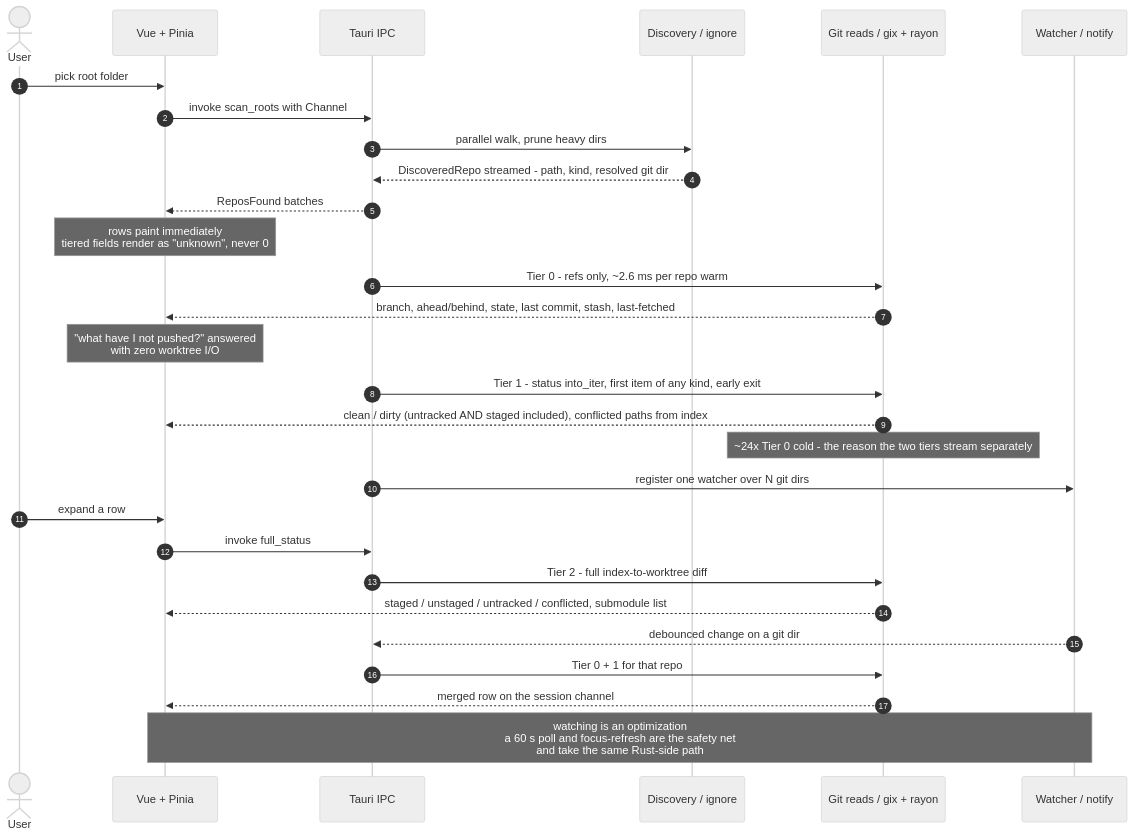
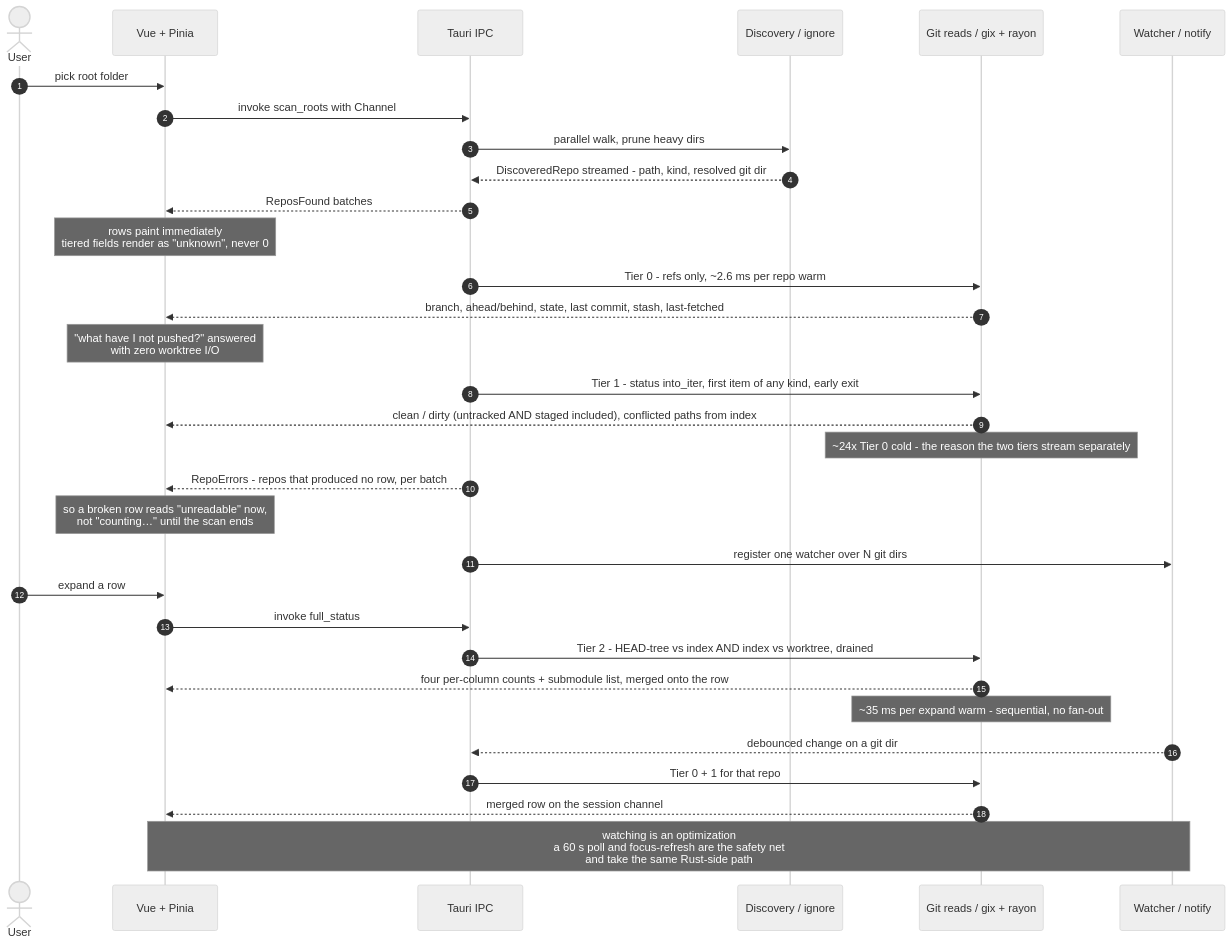
Before and after one commit to b-meyer/repo-viewer: the diagram in AGENTS.md, drawn with Mermaid (neutral theme). The commit also changed other lines of this file and 38 other files, not shown here.

````diff
--- a/AGENTS.md
+++ b/AGENTS.md
@@ -120,37 +133,41 @@
 ```mermaid
 sequenceDiagram
     autonumber
     actor U as User
     participant V as Vue + Pinia
     participant T as Tauri IPC
     participant D as Discovery / ignore
     participant G as Git reads / gix + rayon
     participant W as Watcher / notify
 
     U->>V: pick root folder
     V->>T: invoke scan_roots with Channel
     T->>D: parallel walk, prune heavy dirs
     D-->>T: DiscoveredRepo streamed - path, kind, resolved git dir
     T-->>V: ReposFound batches
     Note over V: rows paint immediately<br/>tiered fields render as "unknown", never 0
 
     T->>G: Tier 0 - refs only, ~2.6 ms per repo warm
     G-->>V: branch, ahead/behind, state, last commit, stash, last-fetched
     Note over V: "what have I not pushed?" answered<br/>with zero worktree I/O
 
     T->>G: Tier 1 - status into_iter, first item of any kind, early exit
     G-->>V: clean / dirty (untracked AND staged included), conflicted paths from index
     Note over G: ~24x Tier 0 cold - the reason the two tiers stream separately
 
+    T-->>V: RepoErrors - repos that produced no row, per batch
+    Note over V: so a broken row reads "unreadable" now,<br/>not "counting…" until the scan ends
+
     T->>W: register one watcher over N git dirs
 
     U->>V: expand a row
     V->>T: invoke full_status
-    T->>G: Tier 2 - full index-to-worktree diff
-    G-->>V: staged / unstaged / untracked / conflicted, submodule list
+    T->>G: Tier 2 - HEAD-tree vs index AND index vs worktree, drained
+    G-->>V: four per-column counts + submodule list, merged onto the row
+    Note over G: ~35 ms per expand warm - sequential, no fan-out
 
     W-->>T: debounced change on a git dir
     T->>G: Tier 0 + 1 for that repo
     G-->>V: merged row on the session channel
     Note over V,W: watching is an optimization<br/>a 60 s poll and focus-refresh are the safety net<br/>and take the same Rust-side path
 ```
````
